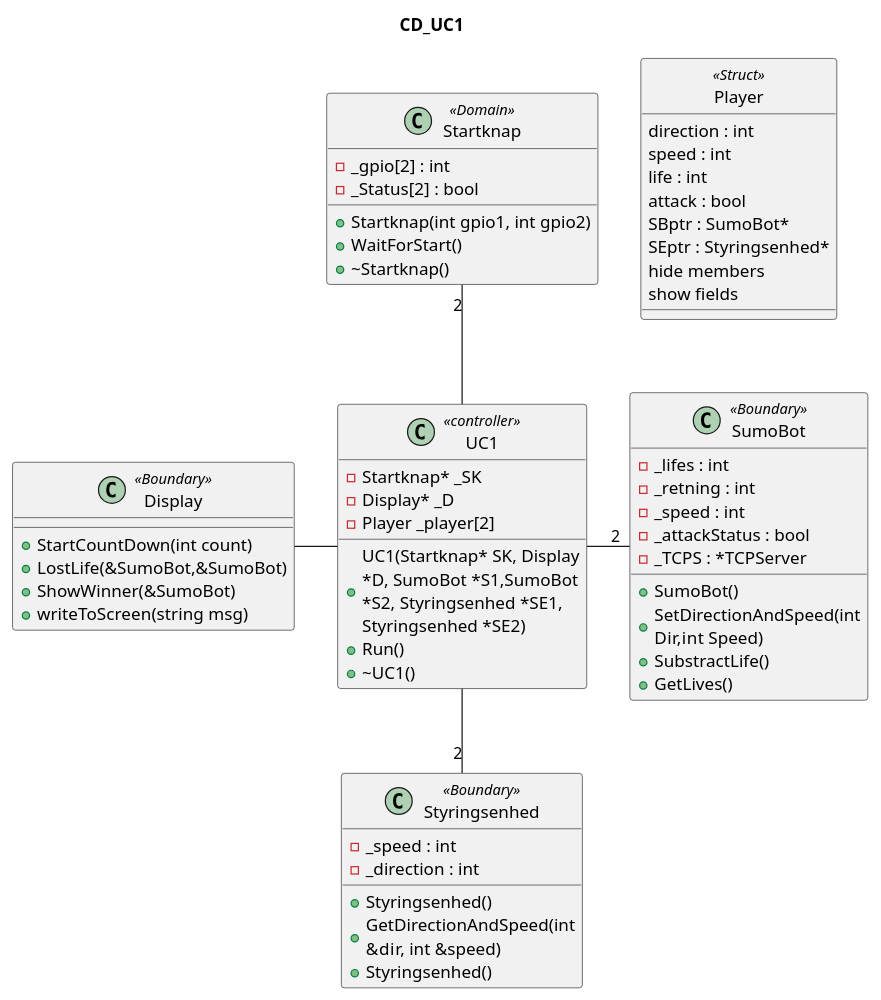
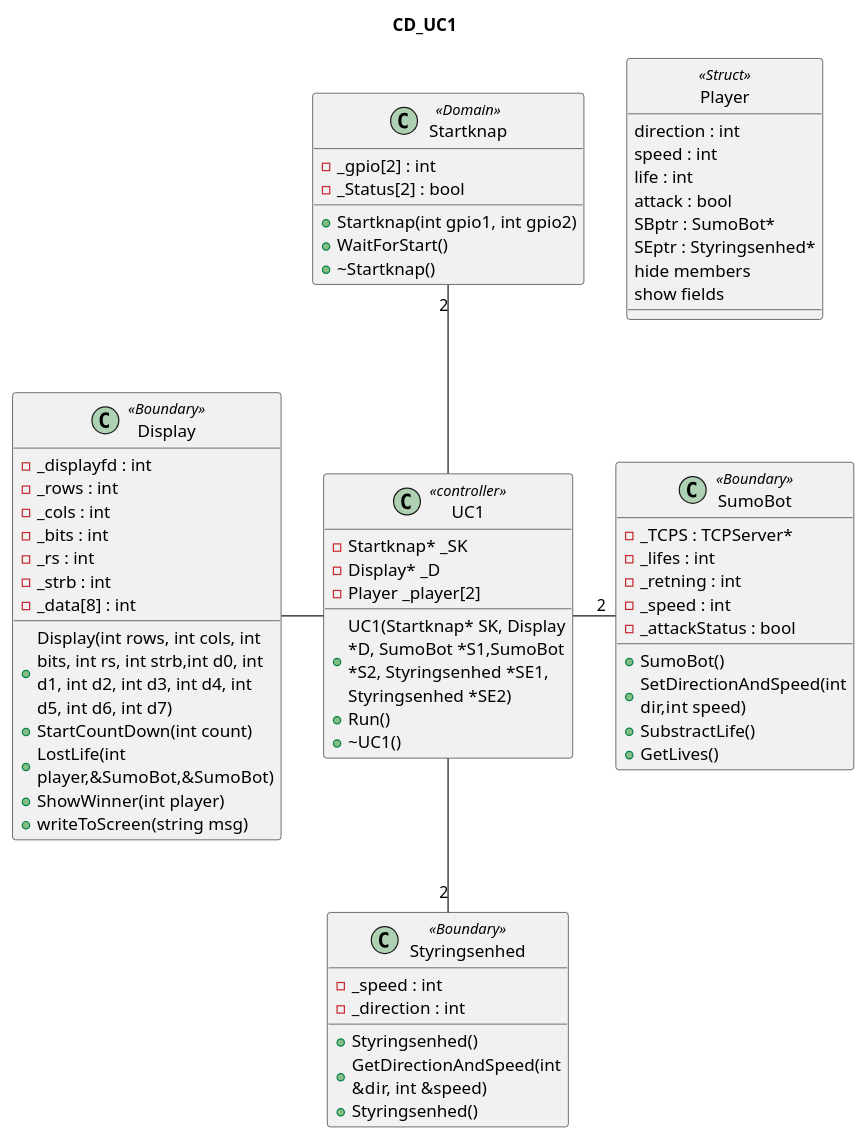
Before and after one commit to Solvgraa-mager/E3PRJ3: the diagram in Diagrammer/CentralComputer/ClassDiagram/ClassDiagram.plantuml, drawn with PlantUML. The commit also changed 27 other files, not shown here.

```diff
--- a/Diagrammer/CentralComputer/ClassDiagram/ClassDiagram.plantuml
+++ b/Diagrammer/CentralComputer/ClassDiagram/ClassDiagram.plantuml
@@ -1,67 +1,76 @@
 @startuml
 title CD_UC1
 
 skinparam wrapWidth 200
 
 class UC1 <<controller>>{
     +UC1(Startknap* SK, Display *D, SumoBot *S1,SumoBot *S2, Styringsenhed *SE1, Styringsenhed *SE2)
     +Run()
     +~UC1()
     -Startknap* _SK
     -Display* _D
     -Player _player[2]
 }
 
 class Startknap <<Domain>>{
 -_gpio[2] : int
 -_Status[2] : bool
 +Startknap(int gpio1, int gpio2)
 +WaitForStart()
 +~Startknap()
 
 }
 
 class Display<<Boundary>>{
+    +Display(int rows, int cols, int bits, int rs, int strb,int d0, int d1, int d2, int d3, int d4, int d5, int d6, int d7)
     +StartCountDown(int count)
-    +LostLife(&SumoBot,&SumoBot)
-    +ShowWinner(&SumoBot)
+    +LostLife(int player,&SumoBot,&SumoBot)
+    +ShowWinner(int player)
     +writeToScreen(string msg)
+    - _displayfd : int
+	- _rows : int
+	- _cols : int
+	- _bits : int
+	- _rs : int
+	- _strb : int
+	- _data[8] : int
 }
 
 class SumoBot <<Boundary>>{
+    - _TCPS : TCPServer*
     - _lifes : int
     -_retning : int
     -_speed : int
     -_attackStatus : bool
+
     +SumoBot()
-    +SetDirectionAndSpeed(int Dir,int Speed)
+    +SetDirectionAndSpeed(int dir,int speed)
     +SubstractLife()
     +GetLives()
-    - _TCPS : *TCPServer
 }
 class Styringsenhed <<Boundary>>{
    - _speed : int
     -_direction : int
     +Styringsenhed()
     +GetDirectionAndSpeed(int &dir, int &speed)
     +Styringsenhed()
 }
 
 class Player <<Struct>> {
 direction : int
 speed : int
 life : int
 attack : bool 
 SBptr : SumoBot*
 SEptr : Styringsenhed*
 hide members
 show fields
 }
 hide <<Struct>> circle
 
 Startknap"2" -- UC1
 UC1 -- "2"Styringsenhed
 UC1 - "2"SumoBot
 Display - UC1
 
 @enduml
```
